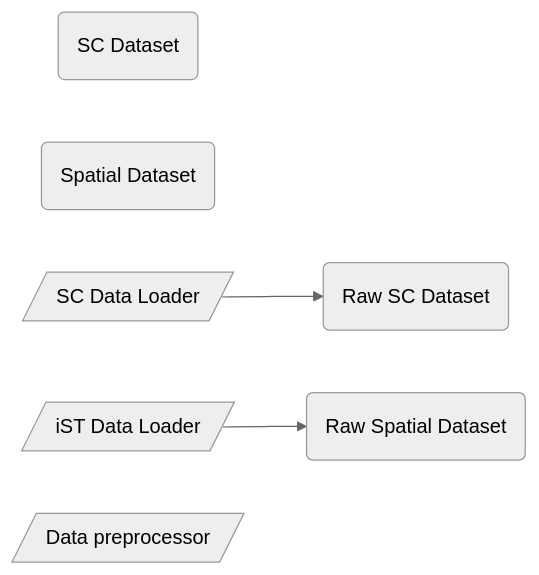
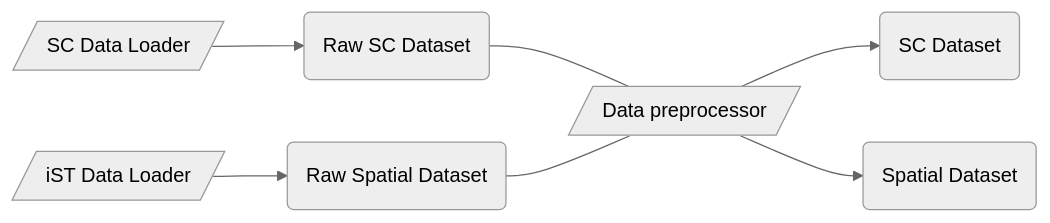
The diagram in README.md (openproblems-bio/task_ist_preprocessing), drawn with Mermaid (neutral theme) before and after one commit. The commit also changed other lines of this file and 1 other file, not shown here.

````diff
--- a/README.md
+++ b/README.md
@@ -37,12 +37,16 @@
 ``` mermaid
 flowchart LR
+  comp_data_loader_sc[/"SC Data Loader"/]
+  file_common_singlecell("Raw SC Dataset")
+  comp_data_preprocessor[/"Data preprocessor"/]
   file_singlecell("SC Dataset")
-  file_common_singlecell("Raw SC Dataset")
+  file_spatialdata("Spatial Dataset")
   file_common_spatialdata("Raw Spatial Dataset")
-  file_spatialdata("Spatial Dataset")
-  comp_data_loader_sc[/"SC Data Loader"/]
   comp_data_loader_sp[/"iST Data Loader"/]
-  comp_data_preprocessor[/"Data preprocessor"/]
   comp_data_loader_sc-->file_common_singlecell
+  file_common_singlecell---comp_data_preprocessor
+  comp_data_preprocessor-->file_singlecell
+  comp_data_preprocessor-->file_spatialdata
+  file_common_spatialdata---comp_data_preprocessor
   comp_data_loader_sp-->file_common_spatialdata
 ```
````
